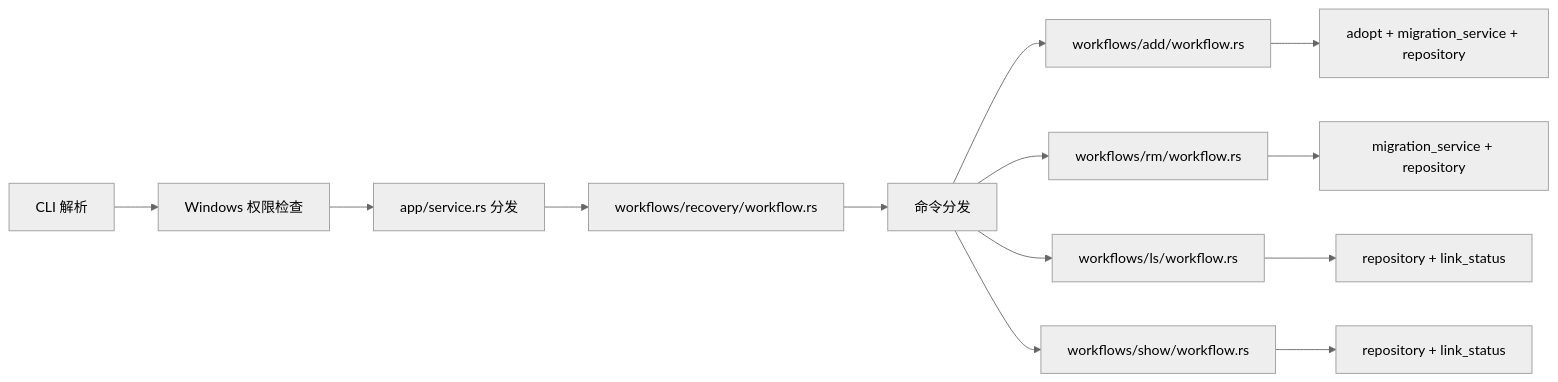
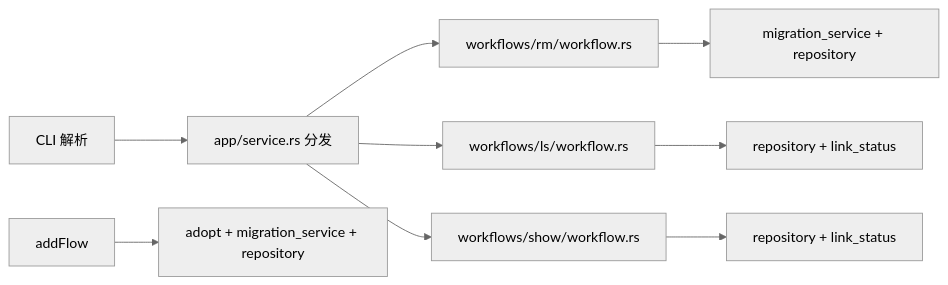
One commit to 835519608/symm changed the second of 4 diagrams in README.md. Above: the diagram before and after it, drawn with Mermaid (neutral theme). The commit also changed other lines of this file and 40 other files, not shown here.

````diff
--- a/README.md
+++ b/README.md
@@ -105,16 +108,12 @@
 ```mermaid
 flowchart LR
-cli[CLI 解析] --> guard[Windows 权限检查]
-guard --> dispatch[app/service.rs 分发]
-dispatch --> recoverFlow[workflows/recovery/workflow.rs]
-recoverFlow --> commandDispatch[命令分发]
-commandDispatch --> addFlow[workflows/add/workflow.rs]
-commandDispatch --> rmFlow[workflows/rm/workflow.rs]
-commandDispatch --> lsFlow[workflows/ls/workflow.rs]
-commandDispatch --> showFlow[workflows/show/workflow.rs]
+cli[CLI 解析] --> dispatch[app/service.rs 分发]
+dispatch --> rmFlow[workflows/rm/workflow.rs]
+dispatch --> lsFlow[workflows/ls/workflow.rs]
+dispatch --> showFlow[workflows/show/workflow.rs]
 
 addFlow --> addInfra[adopt + migration_service + repository]
 rmFlow --> rmInfra[migration_service + repository]
 lsFlow --> lsInfra[repository + link_status]
 showFlow --> showInfra[repository + link_status]
 ```
````
